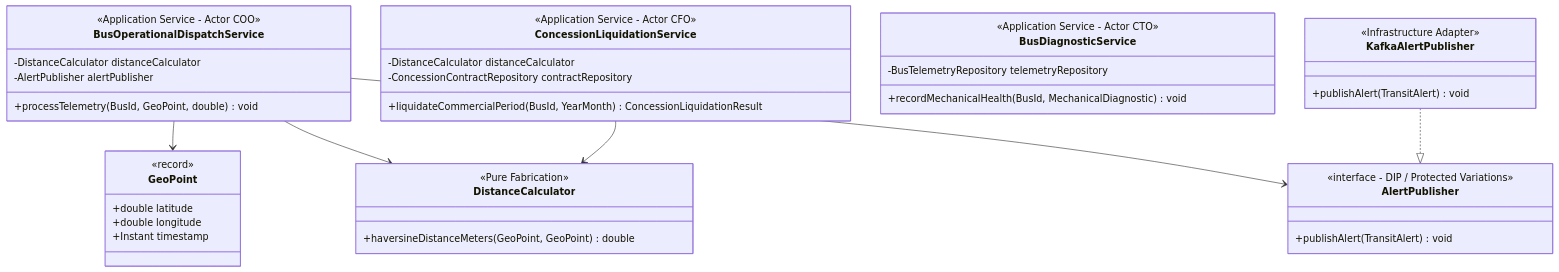
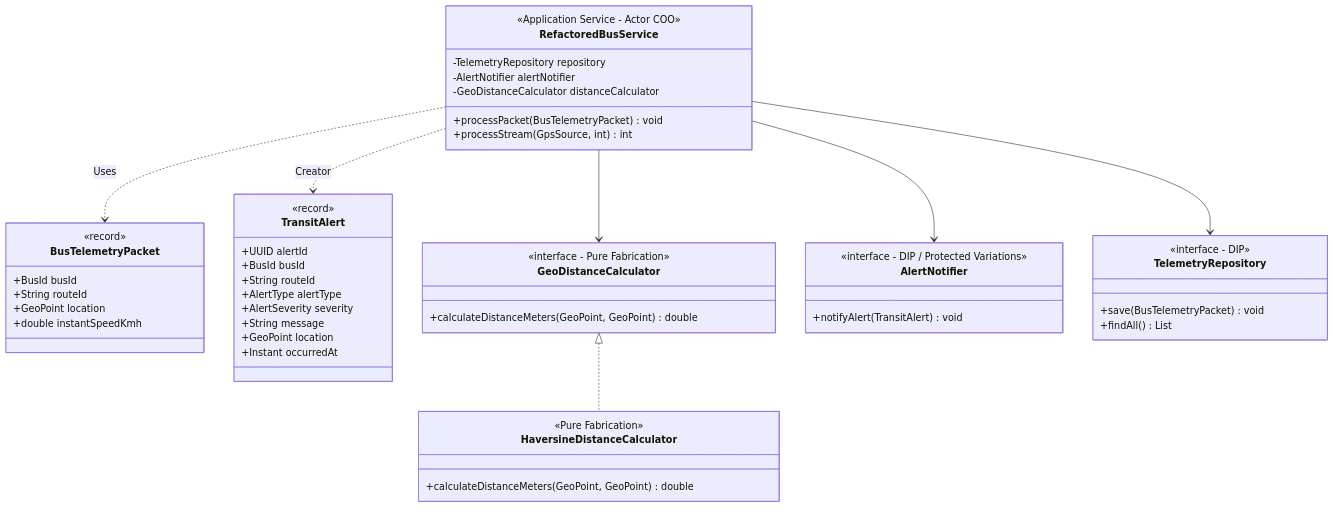
Before and after one commit to Kelocoes/docukelo-icesi: the fifth of 5 diagrams in docs/diseno-de-software-1/semana-1/02-solid-grasp.md, drawn with Mermaid. The commit also changed other lines of this file and 4 other files, not shown here.

````diff
--- a/docs/diseno-de-software-1/semana-1/02-solid-grasp.md
+++ b/docs/diseno-de-software-1/semana-1/02-solid-grasp.md
@@ -447,52 +549,61 @@
 ```mermaid
 classDiagram
     direction TB
 
-    class GeoPoint {
+    class BusTelemetryPacket {
         <<record>>
-        +double latitude
-        +double longitude
-        +Instant timestamp
+        +BusId busId
+        +String routeId
+        +GeoPoint location
+        +double instantSpeedKmh
     }
 
-    class DistanceCalculator {
-        <<Pure Fabrication>>
-        +haversineDistanceMeters(GeoPoint, GeoPoint) double
+    class TransitAlert {
+        <<record>>
+        +UUID alertId
+        +BusId busId
+        +String routeId
+        +AlertType alertType
+        +AlertSeverity severity
+        +String message
+        +GeoPoint location
+        +Instant occurredAt
     }
 
-    class BusOperationalDispatchService {
-        <<Application Service - Actor COO>>
-        -DistanceCalculator distanceCalculator
-        -AlertPublisher alertPublisher
-        +processTelemetry(BusId, GeoPoint, double) void
+    class GeoDistanceCalculator {
+        <<interface - Pure Fabrication>>
+        +calculateDistanceMeters(GeoPoint, GeoPoint) double
     }
 
-    class ConcessionLiquidationService {
-        <<Application Service - Actor CFO>>
-        -DistanceCalculator distanceCalculator
-        -ConcessionContractRepository contractRepository
-        +liquidateCommercialPeriod(BusId, YearMonth) ConcessionLiquidationResult
+    class HaversineDistanceCalculator {
+        <<Pure Fabrication>>
+        +calculateDistanceMeters(GeoPoint, GeoPoint) double
     }
 
-    class BusDiagnosticService {
-        <<Application Service - Actor CTO>>
-        -BusTelemetryRepository telemetryRepository
-        +recordMechanicalHealth(BusId, MechanicalDiagnostic) void
+    class AlertNotifier {
+        <<interface - DIP / Protected Variations>>
+        +notifyAlert(TransitAlert) void
     }
 
-    class AlertPublisher {
-        <<interface - DIP / Protected Variations>>
-        +publishAlert(TransitAlert) void
+    class TelemetryRepository {
+        <<interface - DIP>>
+        +save(BusTelemetryPacket) void
+        +findAll() List
     }
 
-    class KafkaAlertPublisher {
-        <<Infrastructure Adapter>>
-        +publishAlert(TransitAlert) void
+    class RefactoredBusService {
+        <<Application Service - Actor COO>>
+        -TelemetryRepository repository
+        -AlertNotifier alertNotifier
+        -GeoDistanceCalculator distanceCalculator
+        +processPacket(BusTelemetryPacket) void
+        +processStream(GpsSource, int) int
     }
 
-    BusOperationalDispatchService --> GeoPoint
-    BusOperationalDispatchService --> DistanceCalculator
-    BusOperationalDispatchService --> AlertPublisher
-    ConcessionLiquidationService --> DistanceCalculator
-    KafkaAlertPublisher ..|> AlertPublisher
+    GeoDistanceCalculator <|.. HaversineDistanceCalculator
+    RefactoredBusService --> TelemetryRepository
+    RefactoredBusService --> AlertNotifier
+    RefactoredBusService --> GeoDistanceCalculator
+    RefactoredBusService ..> TransitAlert : Creator
+    RefactoredBusService ..> BusTelemetryPacket : Uses
 ```
````
